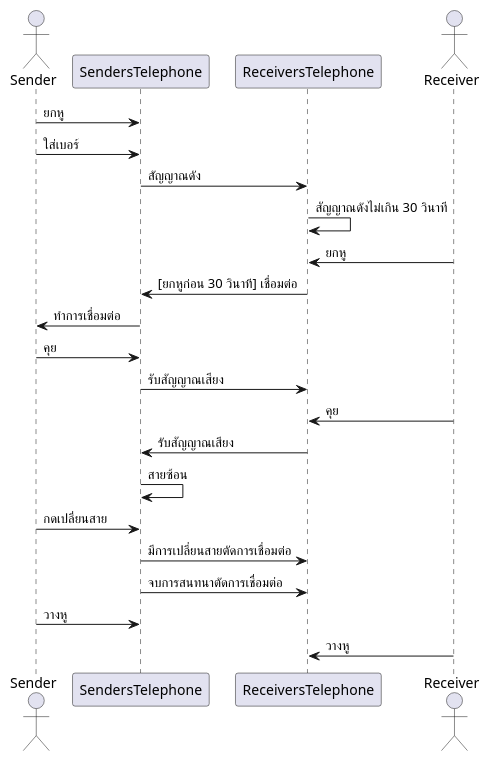
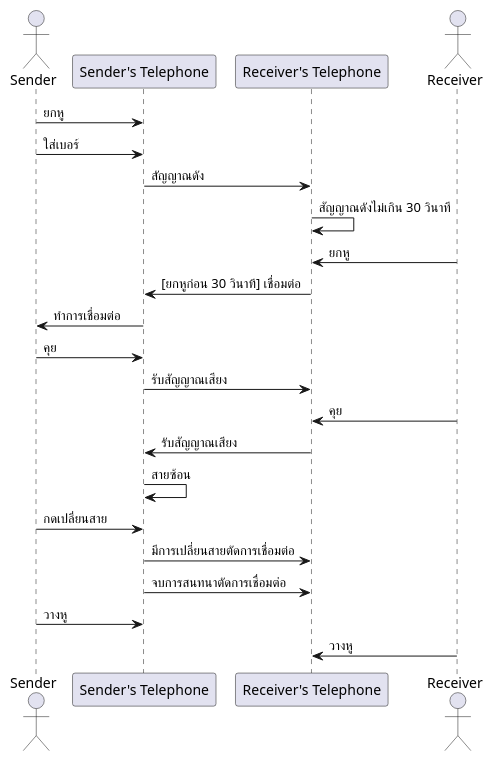
Before and after one commit to 03376808-OOAD/OOAD-WEEK10: the diagram in Lab submits/60030098/telephone.puml, drawn with PlantUML. The commit also changed 1 other file, not shown here.

```diff
--- a/Lab submits/60030098/telephone.puml
+++ b/Lab submits/60030098/telephone.puml
@@ -1,25 +1,25 @@
-@startuml
+@startuml telephone1
 actor Sender
-participant SendersTelephone as ST
-participant ReceiversTelephone as RT
+participant "Sender's Telephone" as ST
+participant "Receiver's Telephone" as RT
 actor Receiver
 
 Sender -> ST : ยกหู
 Sender -> ST : ใส่เบอร์
 ST -> RT : สัญญาณดัง
 RT -> RT : สัญญาณดังไม่เกิน 30 วินาที
 Receiver -> RT : ยกหู
 RT -> ST : [ยกหูก่อน 30 วินาที] เชื่อมต่อ
 ST -> Sender : ทำการเชื่อมต่อ
 Sender -> ST : คุย
 ST -> RT : รับสัญญาณเสียง
 Receiver -> RT : คุย
 RT -> ST : รับสัญญาณเสียง
 ST ->  ST : สายซ้อน
 Sender -> ST : กดเปลี่ยนสาย
 ST -> RT : มีการเปลี่ยนสายตัดการเชื่อมต่อ
 ST -> RT :จบการสนทนาตัดการเชื่อมต่อ
 Sender -> ST : วางหู
 Receiver -> RT : วางหู
 
 @enduml
```
